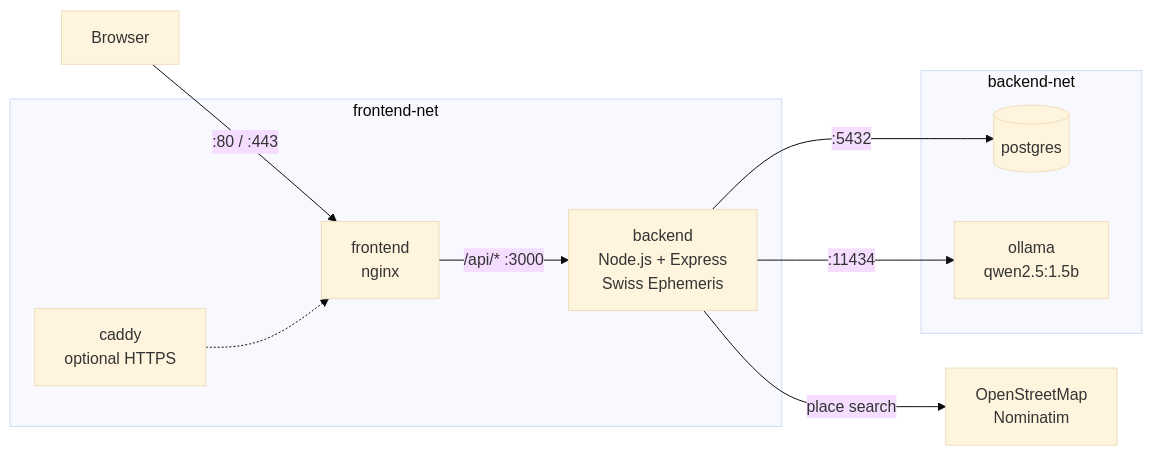
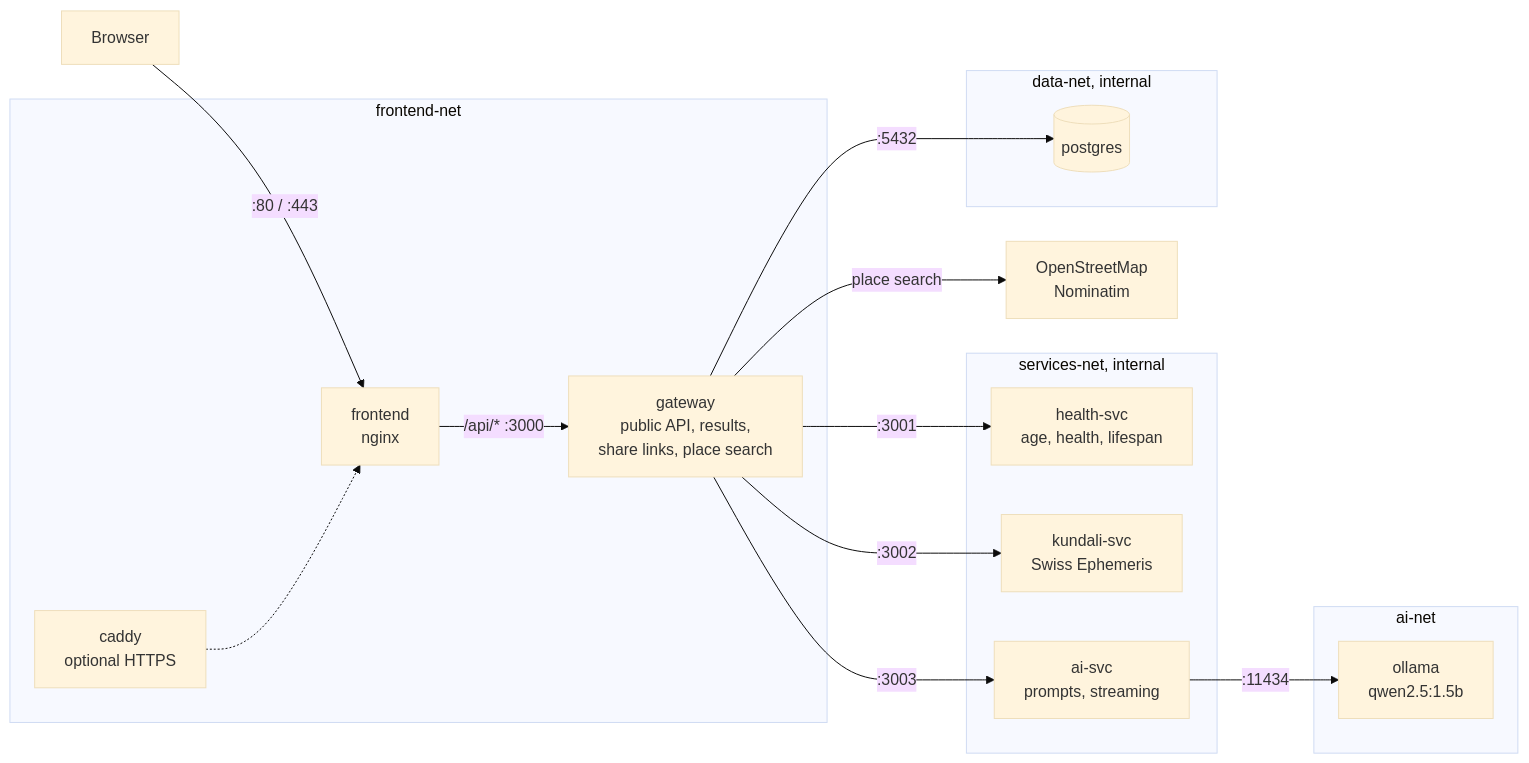
Before and after one commit to DineshRawal013/ayu-ai: the diagram in README.md, drawn with Mermaid (base theme). The commit also changed other lines of this file and 39 other files, not shown here.

First line of the commit message:
Split the backend into gateway and three microservices

````diff
--- a/README.md
+++ b/README.md
@@ -39,13 +41,20 @@
 ```mermaid
 flowchart LR
   B[Browser] -->|:80 / :443| F
   subgraph FN[frontend-net]
     C[caddy<br/>optional HTTPS] -.-> F[frontend<br/>nginx]
-    F -->|/api/* :3000| API[backend<br/>Node.js + Express<br/>Swiss Ephemeris]
+    F -->|/api/* :3000| G[gateway<br/>public API, results,<br/>share links, place search]
   end
-  subgraph BN[backend-net]
-    API -->|:5432| DB[(postgres)]
-    API -->|:11434| O[ollama<br/>qwen2.5:1.5b]
+  subgraph SN[services-net, internal]
+    G -->|:3001| H[health-svc<br/>age, health, lifespan]
+    G -->|:3002| K[kundali-svc<br/>Swiss Ephemeris]
+    G -->|:3003| A[ai-svc<br/>prompts, streaming]
   end
-  API -->|place search| N[OpenStreetMap<br/>Nominatim]
+  subgraph DN[data-net, internal]
+    G -->|:5432| DB[(postgres)]
+  end
+  subgraph AN[ai-net]
+    A -->|:11434| O[ollama<br/>qwen2.5:1.5b]
+  end
+  G -->|place search| N[OpenStreetMap<br/>Nominatim]
 ```
````
